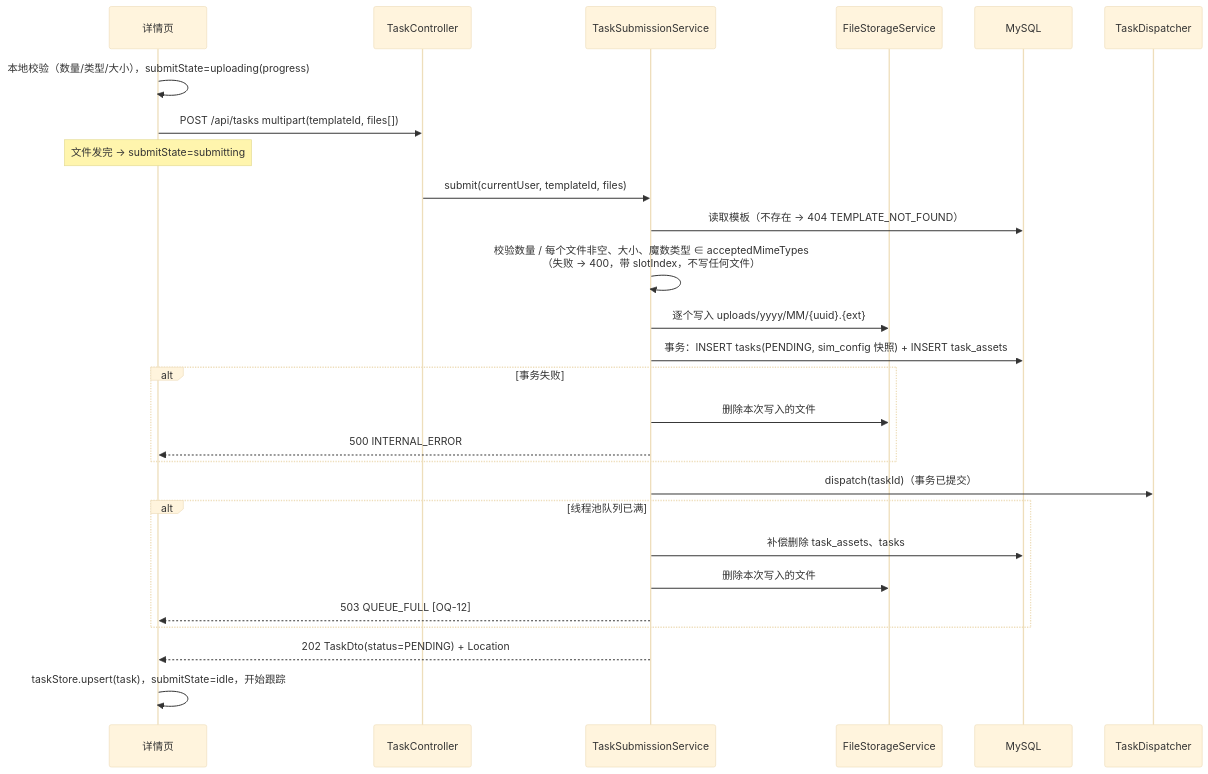
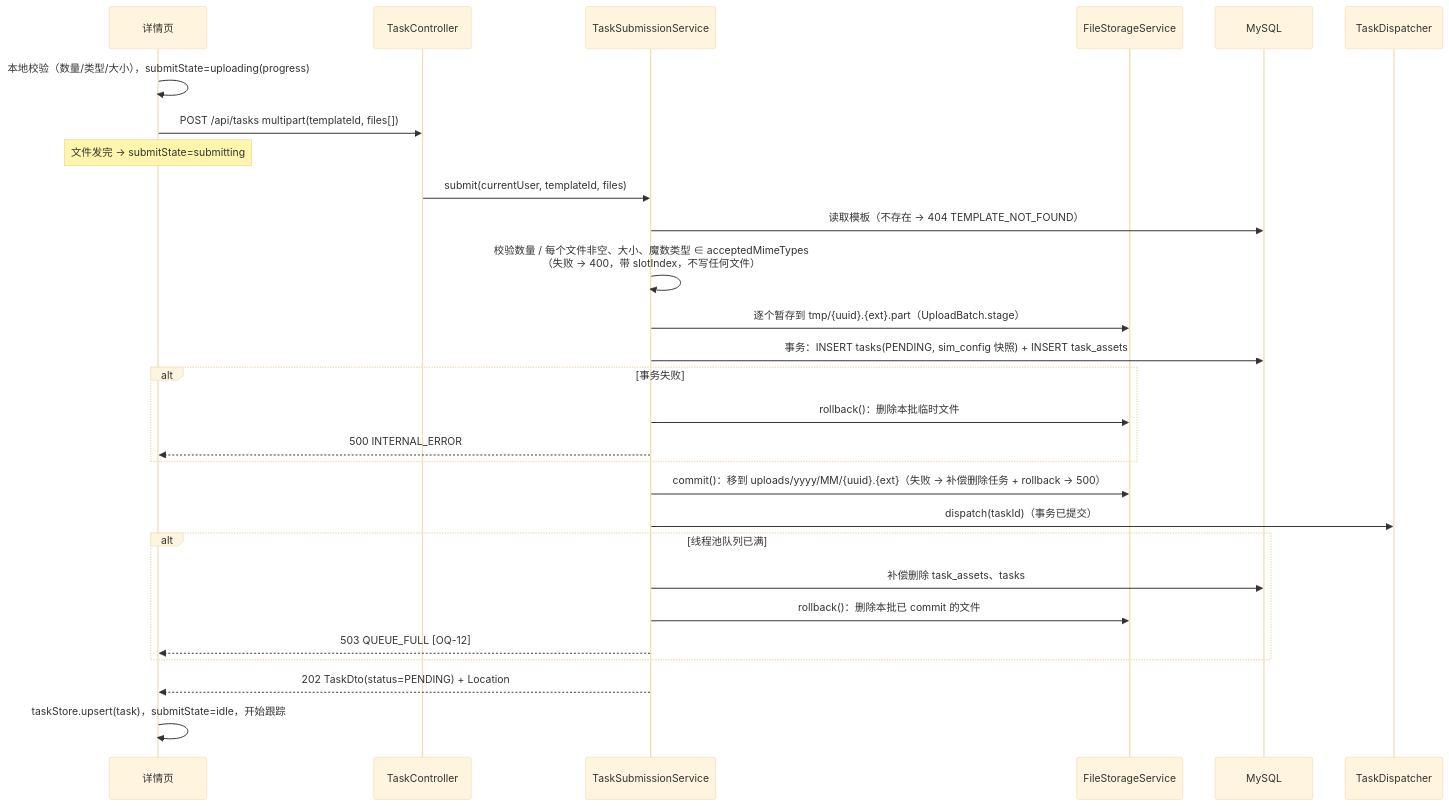
One commit to Brayton-Han/PlayWithMaterials changed the fourth of 8 diagrams in docs/architecture.md. Above: the diagram before and after it, drawn with Mermaid (base theme). The commit also changed other lines of this file and 17 other files, not shown here.

````diff
--- a/docs/architecture.md
+++ b/docs/architecture.md
@@ -277,30 +277,31 @@
 ```mermaid
 sequenceDiagram
   participant UI as 详情页
   participant TC as TaskController
   participant TS as TaskSubmissionService
   participant FS as FileStorageService
   participant DB as MySQL
   participant D as TaskDispatcher
 
   UI->>UI: 本地校验（数量/类型/大小），submitState=uploading(progress)
   UI->>TC: POST /api/tasks multipart(templateId, files[])
   Note over UI: 文件发完 → submitState=submitting
   TC->>TS: submit(currentUser, templateId, files)
   TS->>DB: 读取模板（不存在 → 404 TEMPLATE_NOT_FOUND）
   TS->>TS: 校验数量 / 每个文件非空、大小、魔数类型 ∈ acceptedMimeTypes<br/>（失败 → 400，带 slotIndex，不写任何文件）
-  TS->>FS: 逐个写入 uploads/yyyy/MM/{uuid}.{ext}
+  TS->>FS: 逐个暂存到 tmp/{uuid}.{ext}.part（UploadBatch.stage）
   TS->>DB: 事务：INSERT tasks(PENDING, sim_config 快照) + INSERT task_assets
   alt 事务失败
-    TS->>FS: 删除本次写入的文件
+    TS->>FS: rollback()：删除本批临时文件
     TS-->>UI: 500 INTERNAL_ERROR
   end
+  TS->>FS: commit()：移到 uploads/yyyy/MM/{uuid}.{ext}（失败 → 补偿删除任务 + rollback → 500）
   TS->>D: dispatch(taskId)（事务已提交）
   alt 线程池队列已满
     TS->>DB: 补偿删除 task_assets、tasks
-    TS->>FS: 删除本次写入的文件
+    TS->>FS: rollback()：删除本批已 commit 的文件
     TS-->>UI: 503 QUEUE_FULL [OQ-12]
   end
   TS-->>UI: 202 TaskDto(status=PENDING) + Location
   UI->>UI: taskStore.upsert(task)，submitState=idle，开始跟踪
 ```
````
